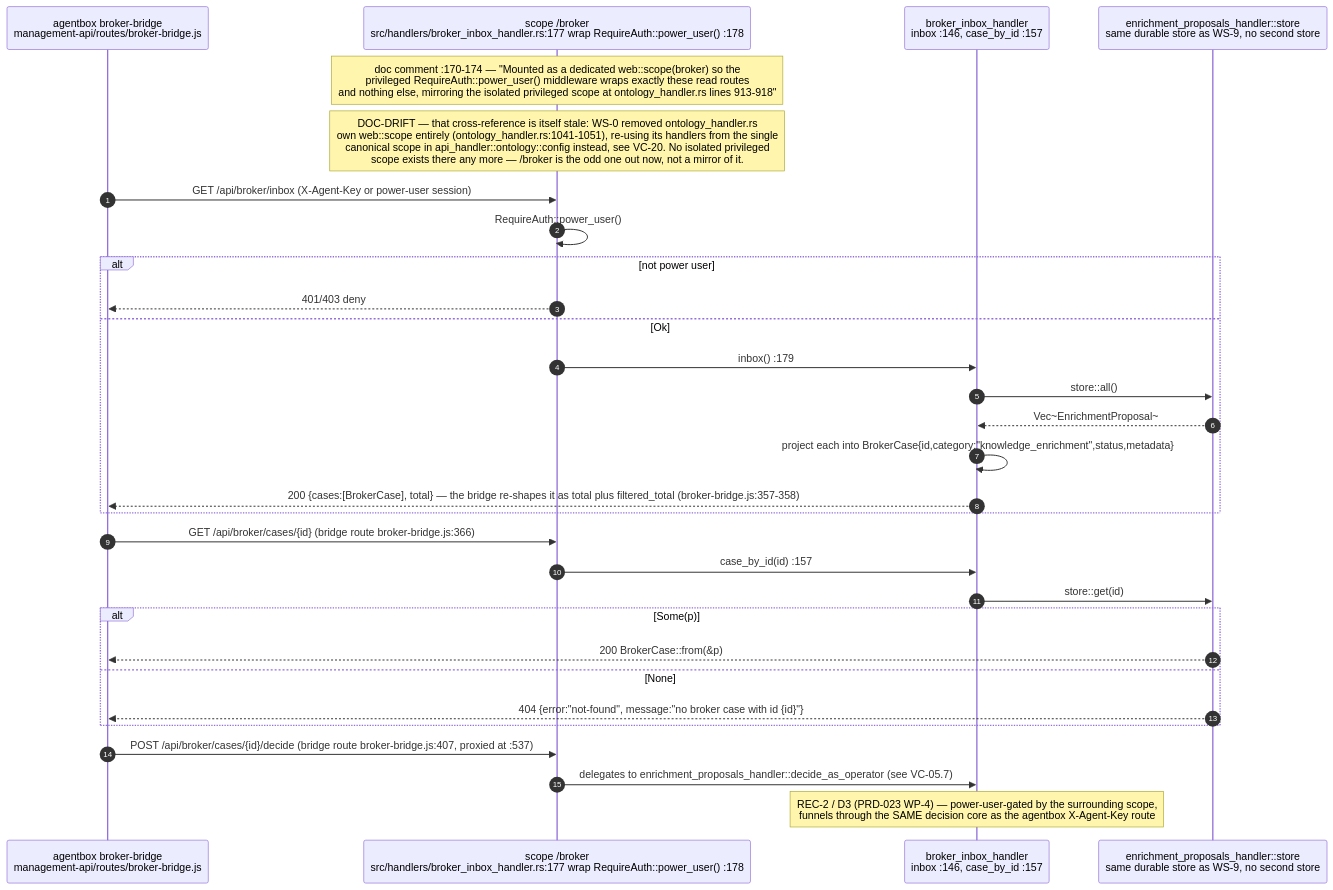
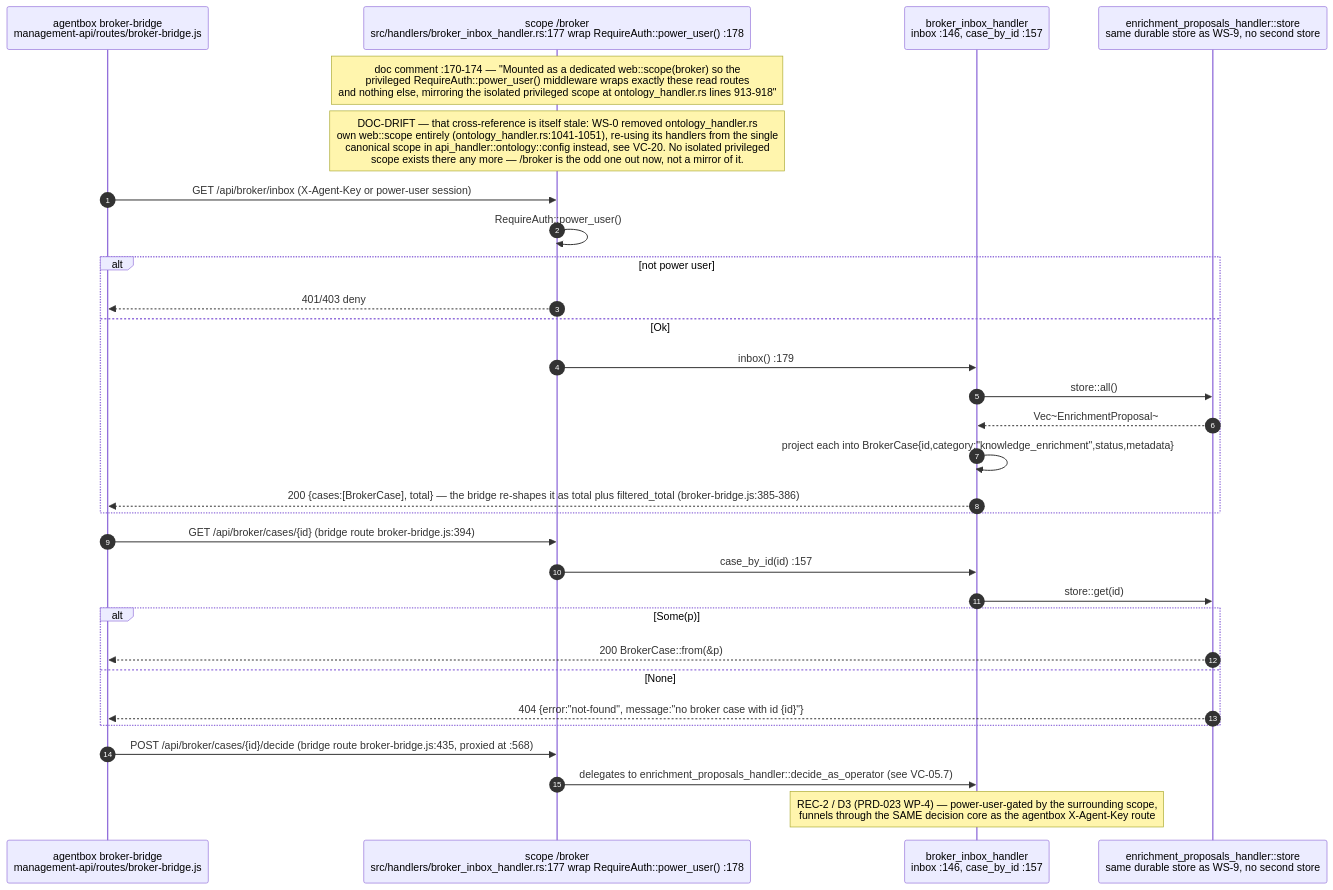
One commit to DreamLab-AI/VisionFlow changed the seventh of 15 diagrams in docs/diagrams/visionclaw/05-handlers-governance-and-identity.md. Above: the diagram before and after it, drawn with Mermaid. The commit also changed other lines of this file and 111 other files, not shown here.

Commit message:
docs(diagrams): align estate maps with current source

````diff
--- a/docs/diagrams/visionclaw/05-handlers-governance-and-identity.md
+++ b/docs/diagrams/visionclaw/05-handlers-governance-and-identity.md
@@ -417,33 +417,33 @@
 ```mermaid
 sequenceDiagram
     autonumber
     participant C as agentbox broker-bridge<br/>management-api/routes/broker-bridge.js
     participant SC as scope /broker<br/>src/handlers/broker_inbox_handler.rs:177 wrap RequireAuth::power_user() :178
     participant H as broker_inbox_handler<br/>inbox :146, case_by_id :157
     participant ST as enrichment_proposals_handler::store<br/>same durable store as WS-9, no second store
 
     Note over SC: doc comment :170-174 — "Mounted as a dedicated web::scope(broker) so the<br/>privileged RequireAuth::power_user() middleware wraps exactly these read routes<br/>and nothing else, mirroring the isolated privileged scope at ontology_handler.rs lines 913-918"
     Note over SC: DOC-DRIFT — that cross-reference is itself stale: WS-0 removed ontology_handler.rs<br/>own web::scope entirely (ontology_handler.rs:1041-1051), re-using its handlers from the single<br/>canonical scope in api_handler::ontology::config instead, see VC-20. No isolated privileged<br/>scope exists there any more — /broker is the odd one out now, not a mirror of it.
     C->>SC: GET /api/broker/inbox (X-Agent-Key or power-user session)
     SC->>SC: RequireAuth::power_user()
     alt not power user
         SC-->>C: 401/403 deny
     else Ok
         SC->>H: inbox() :179
         H->>ST: store::all()
         ST-->>H: Vec~EnrichmentProposal~
         H->>H: project each into BrokerCase{id,category:"knowledge_enrichment",status,metadata}
-        H-->>C: 200 {cases:[BrokerCase], total} — the bridge re-shapes it as total plus filtered_total (broker-bridge.js:357-358)
+        H-->>C: 200 {cases:[BrokerCase], total} — the bridge re-shapes it as total plus filtered_total (broker-bridge.js:385-386)
     end
-    C->>SC: GET /api/broker/cases/{id} (bridge route broker-bridge.js:366)
+    C->>SC: GET /api/broker/cases/{id} (bridge route broker-bridge.js:394)
     SC->>H: case_by_id(id) :157
     H->>ST: store::get(id)
     alt Some(p)
         ST-->>C: 200 BrokerCase::from(&p)
     else None
         ST-->>C: 404 {error:"not-found", message:"no broker case with id {id}"}
     end
-    C->>SC: POST /api/broker/cases/{id}/decide (bridge route broker-bridge.js:407, proxied at :537)
+    C->>SC: POST /api/broker/cases/{id}/decide (bridge route broker-bridge.js:435, proxied at :568)
     SC->>H: delegates to enrichment_proposals_handler::decide_as_operator (see VC-05.7)
     Note over H: REC-2 / D3 (PRD-023 WP-4) — power-user-gated by the surrounding scope,<br/>funnels through the SAME decision core as the agentbox X-Agent-Key route
 ```
````
